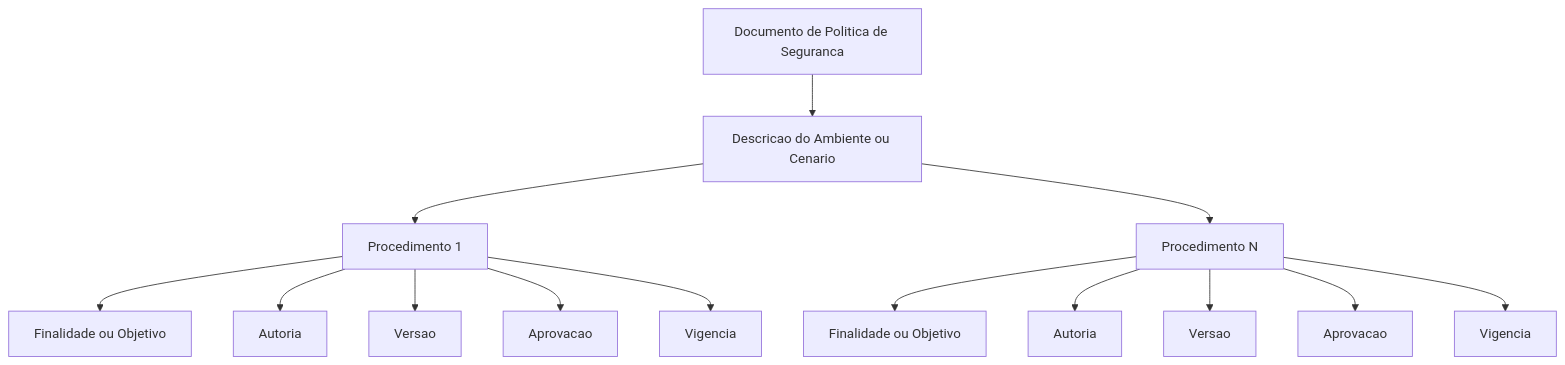
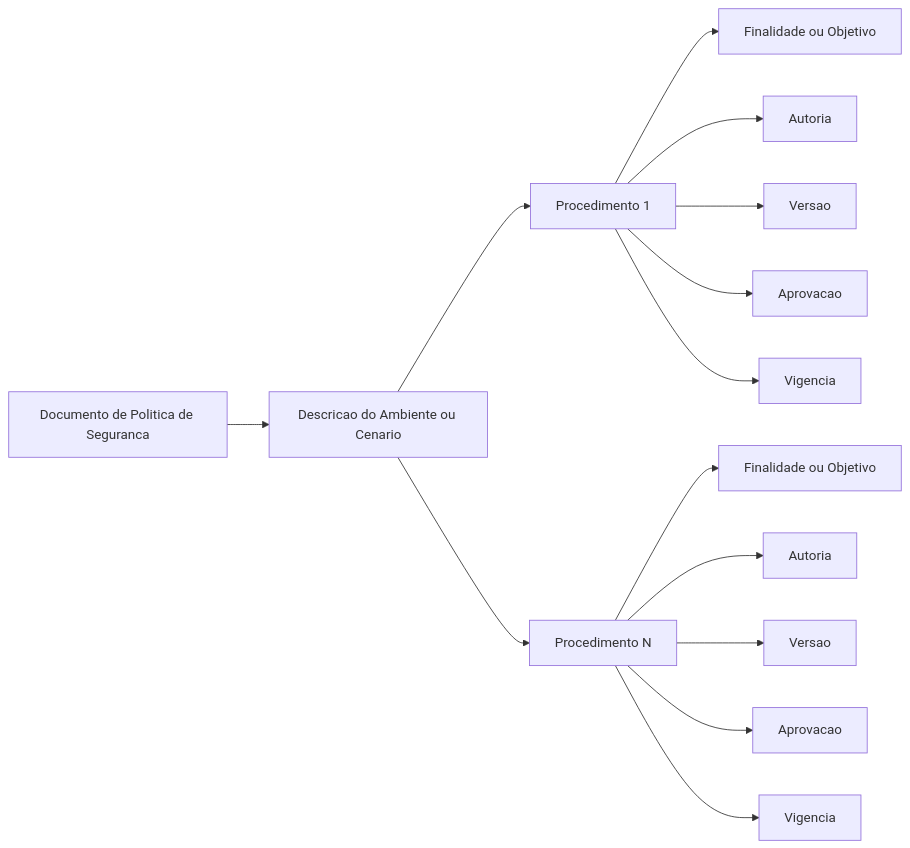
The first of 9 diagrams in projetos/PSII.md (mehranmisaghi/cybersecurity), drawn with Mermaid before and after one commit.

Commit message:
chagend mermaid direction

````diff
--- a/projetos/PSII.md
+++ b/projetos/PSII.md
@@ -26,21 +26,21 @@
 ```mermaid 
-flowchart TD
+flowchart LR
 
 A[Documento de Politica de Seguranca] --> B[Descricao do Ambiente ou Cenario]
 
 
 B --> C[Procedimento 1]
 B --> D[Procedimento N]
 
 C --> C1[Finalidade ou Objetivo]
 C --> C2[Autoria]
 C --> C3[Versao]
 C --> C4[Aprovacao]
 C --> C5[Vigencia]
 
 D --> D1[Finalidade ou Objetivo]
 D --> D2[Autoria]
 D --> D3[Versao]
 D --> D4[Aprovacao]
 D --> D5[Vigencia]
 ```
````
